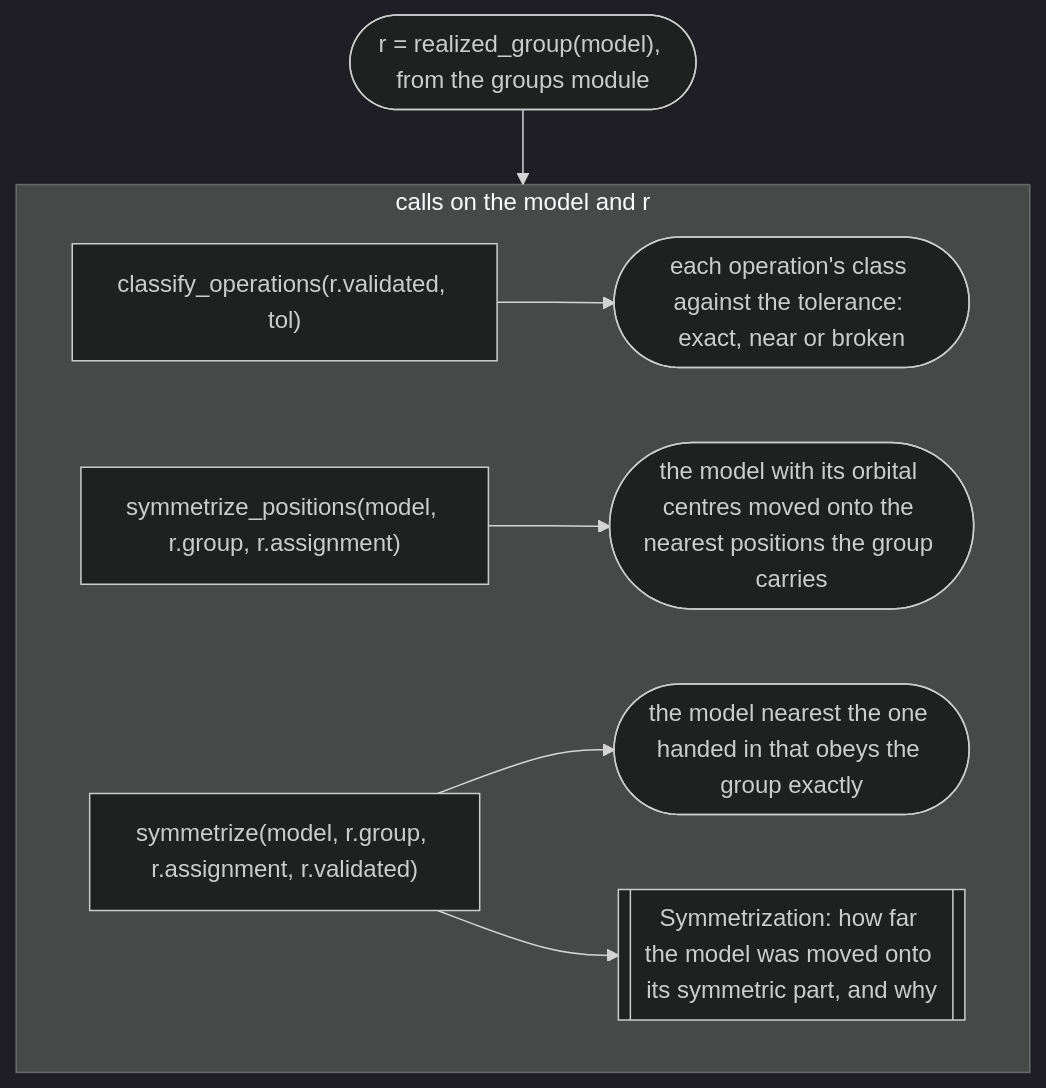
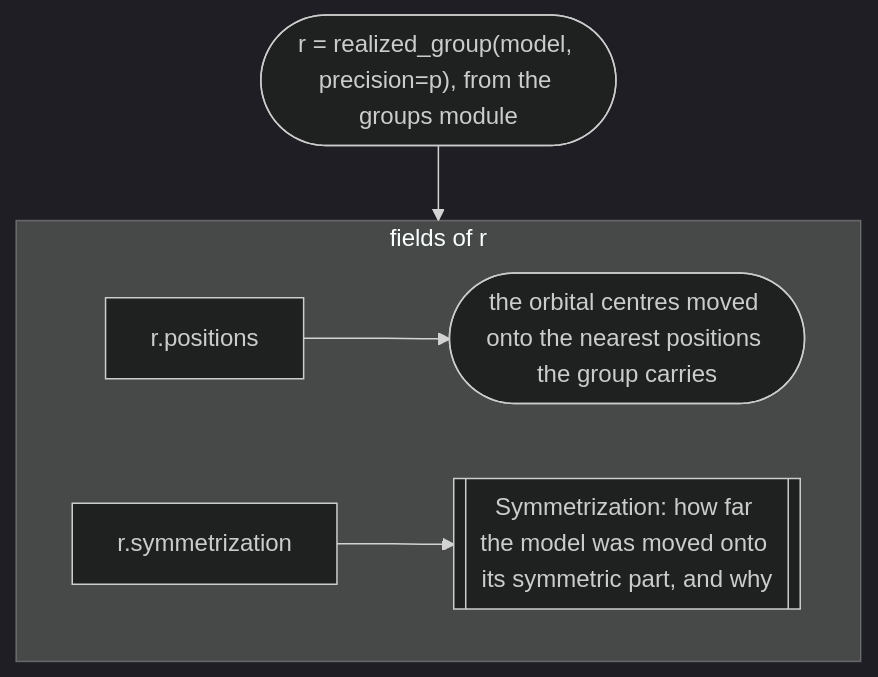
The fifth of 8 diagrams in docs/background/modules.md (bbradlyn/pythtqc), drawn with Mermaid (dark theme) before and after one commit. The commit also changed other lines of this file and 32 other files, not shown here.

First line of the commit message:
pythtqc: realized_group takes one declaration of precision, and three calls are private

````diff
--- a/docs/background/modules.md
+++ b/docs/background/modules.md
@@ -171,14 +171,12 @@
 ```mermaid
 flowchart TD
-    y_r(["r = realized_group(model), from the groups module"])
+    y_r(["r = realized_group(model, precision=p), from the groups module"])
 
-    y_r --> y_calls
+    y_r --> y_fields
 
-    subgraph y_calls ["calls on the model and r"]
+    subgraph y_fields ["fields of r"]
         direction LR
-        y_classify["classify_operations(r.validated, tol)"] --> y_classes(["each operation's class against the tolerance: exact, near or broken"])
-        y_positions["symmetrize_positions(model, r.group, r.assignment)"] --> y_moved(["the model with its orbital centres moved onto the nearest positions the group carries"])
-        y_symmetrize["symmetrize(model, r.group, r.assignment, r.validated)"] --> y_exact(["the model nearest the one handed in that obeys the group exactly"])
-        y_symmetrize --> y_sym[["Symmetrization: how far the model was moved onto its symmetric part, and why"]]
+        y_positions["r.positions"] --> y_moved(["the orbital centres moved onto the nearest positions the group carries"])
+        y_symmetrization["r.symmetrization"] --> y_sym[["Symmetrization: how far the model was moved onto its symmetric part, and why"]]
     end
 ```
````
